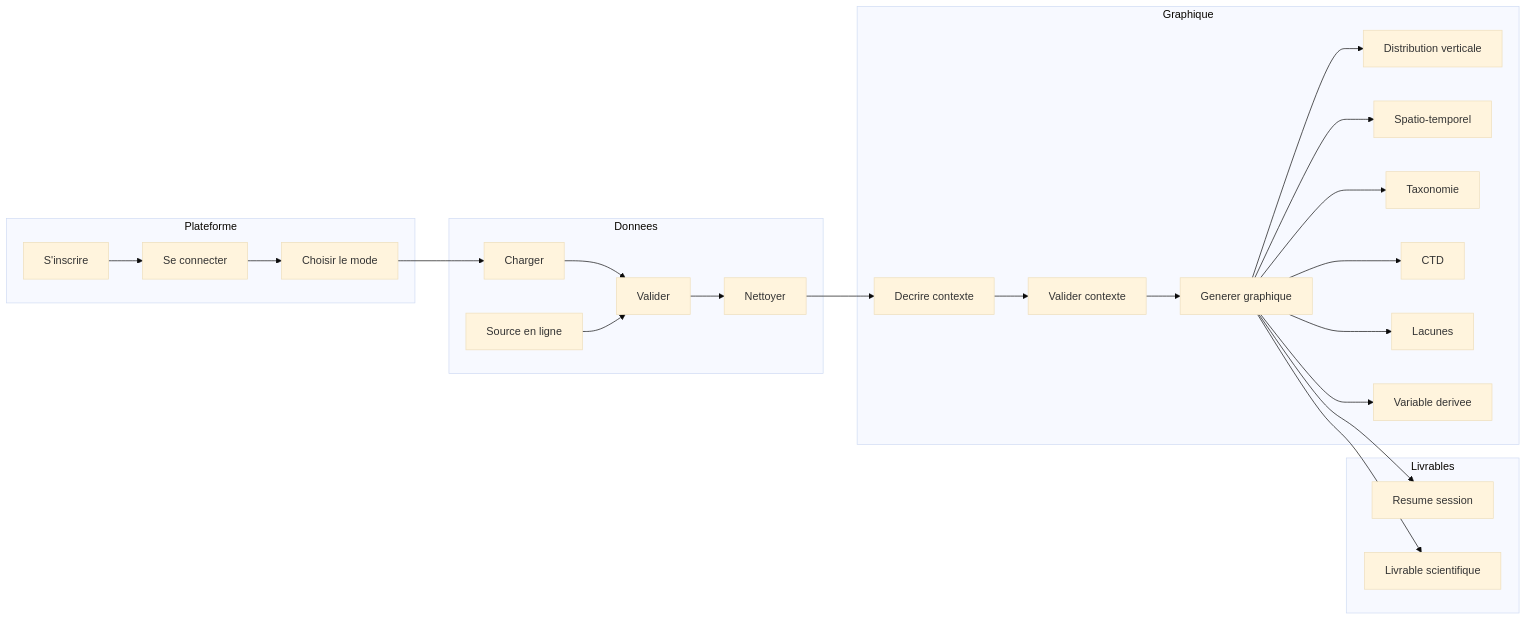
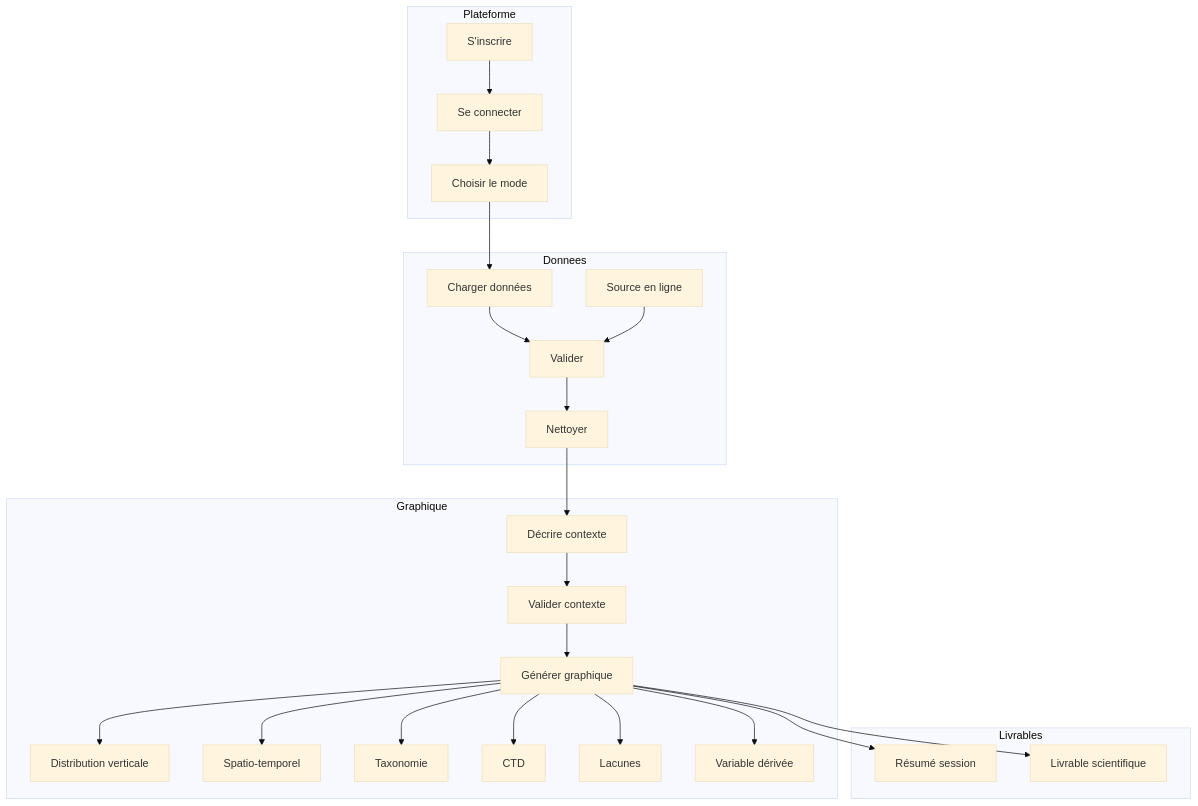
Before and after one commit to TidianeCisse777/assistant-copepodes-specs: the third of 3 diagrams in docs/PRD_IDEA_copepod.md, drawn with Mermaid (base theme). The commit also changed other lines of this file and 2 other files, not shown here.

````diff
--- a/docs/PRD_IDEA_copepod.md
+++ b/docs/PRD_IDEA_copepod.md
@@ -199,30 +95,30 @@
 ```mermaid
-flowchart LR
+flowchart TD
     subgraph P[Plateforme]
         UC00[S'inscrire] --> UC01[Se connecter] --> UC02[Choisir le mode]
     end
     subgraph D[Donnees]
-        UC03[Charger] --> UC05[Valider]
+        UC03[Charger données] --> UC05[Valider]
         UC04[Source en ligne] --> UC05
         UC05 --> UC06[Nettoyer]
     end
     subgraph G[Graphique]
-        UC07[Decrire contexte] --> UC08[Valider contexte]
-        UC08 --> UC09[Generer graphique]
+        UC07[Décrire contexte] --> UC08[Valider contexte]
+        UC08 --> UC09[Générer graphique]
         UC09 --> UC10[Distribution verticale]
         UC09 --> UC11[Spatio-temporel]
         UC09 --> UC12[Taxonomie]
         UC09 --> UC13[CTD]
         UC09 --> UC14[Lacunes]
-        UC09 --> UC15[Variable derivee]
+        UC09 --> UC15[Variable dérivée]
     end
     subgraph L[Livrables]
-        UC16[Resume session]
+        UC16[Résumé session]
         UC17[Livrable scientifique]
     end
 
     UC02 --> UC03
     UC06 --> UC07
     UC09 --> UC16
     UC09 --> UC17
 ```
````
